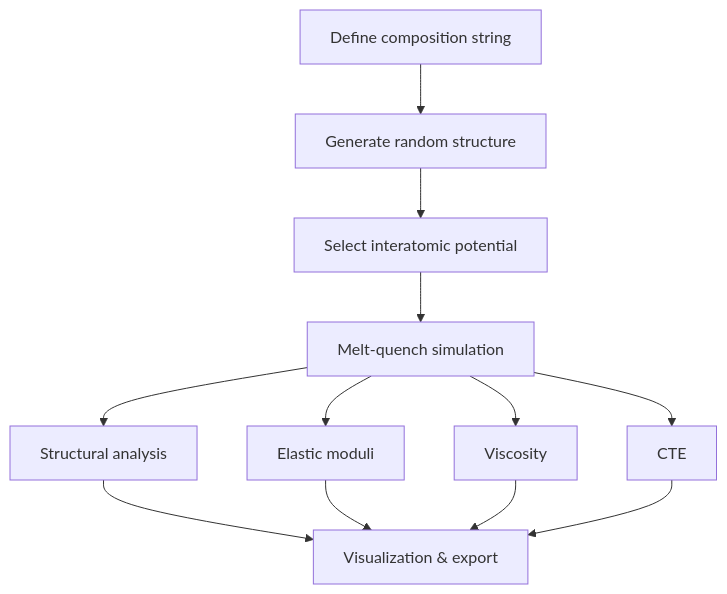
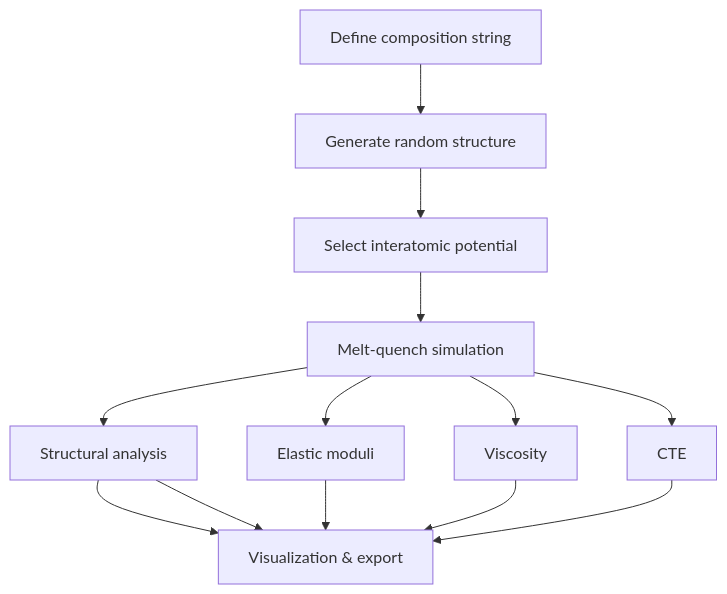
Before and after one commit to glasagent/amorphouspy: the diagram in docs/index.md, drawn with Mermaid. The commit also changed other lines of this file and 151 other files, not shown here.

````diff
--- a/docs/index.md
+++ b/docs/index.md
@@ -194,14 +32,15 @@
 ```mermaid
 graph TD
     A[Define composition string] --> B[Generate random structure]
     B --> C[Select interatomic potential]
     C --> D[Melt-quench simulation]
     D --> E[Structural analysis]
     D --> F[Elastic moduli]
     D --> G[Viscosity]
     D --> H[CTE]
     E --> I[Visualization & export]
     F --> I
     G --> I
     H --> I
+    E --> I[Visualization & export]
 ```
````
